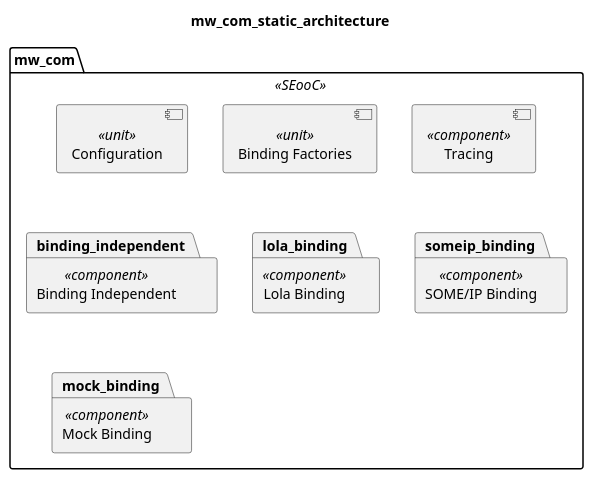
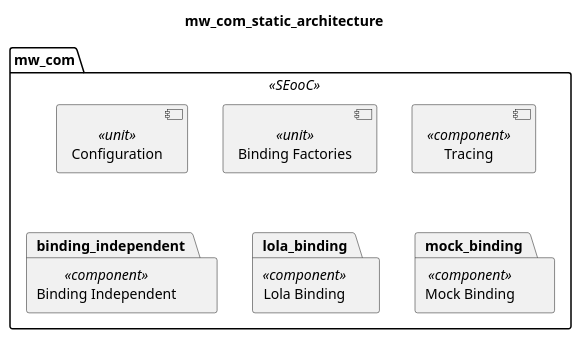
One commit to eclipse-score/communication changed the diagram in score/mw/com/dependability/software_architectural_design/static_design/overall.puml. Above: the diagram before and after it, drawn with PlantUML. The commit also changed 2 other files, not shown here.

Commit message:
mw/com: Remove someip from static design
Since we don't have a someip implementation, we would have to create a
stub in order to create the bazel units / components to match the
architectural design. There is no point in currently doing this so we
remove someip from the static design and can add it back in when we
implement someip binding.

```diff
--- a/score/mw/com/dependability/software_architectural_design/static_design/overall.puml
+++ b/score/mw/com/dependability/software_architectural_design/static_design/overall.puml
@@ -13,15 +13,14 @@
 @startuml safety_sentinel_mwcom_design
 title "mw_com_static_architecture"
 
 package "mw_com" as mw_com <<SEooC>>  {
   component "Configuration" as configuration <<unit>> 
   component "Binding Factories" as binding_factories <<unit>>
   component "Tracing" as tracing <<component>> 
 
   package "Binding Independent" as binding_independent <<component>>
   package "Lola Binding" as lola_binding <<component>>
-  package "SOME/IP Binding" as someip_binding <<component>>
   package "Mock Binding" as mock_binding <<component>>
 }
 
 @enduml
```
